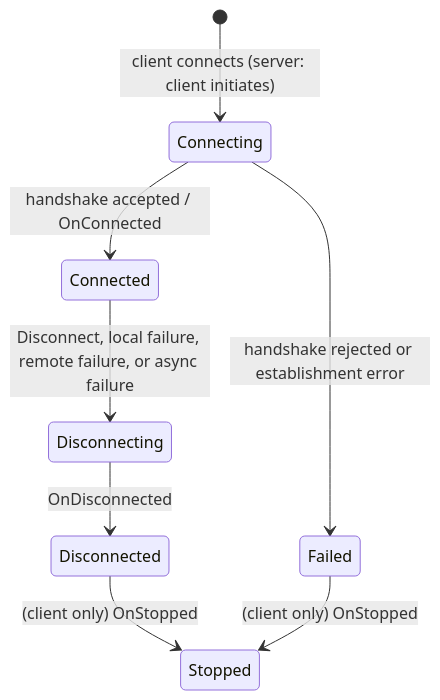
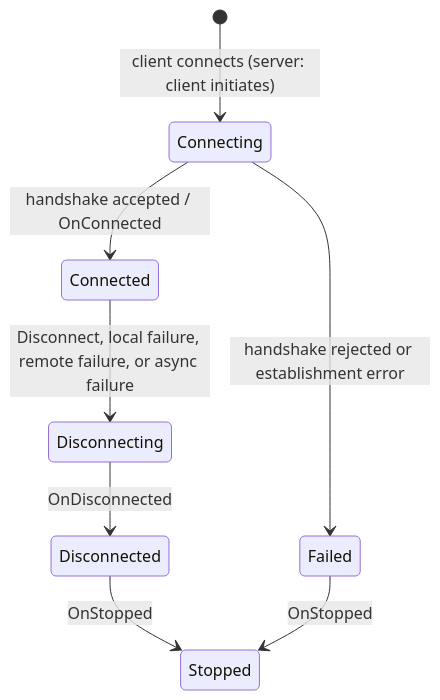
The third of 3 diagrams in Pontifex/Abstractions/Transports/Raw/Reliable/Ack/Specification.md (FyodorZh/Pontifex), drawn with Mermaid before and after one commit. The commit also changed other lines of this file and 6 other files, not shown here.

````diff
--- a/Pontifex/Abstractions/Transports/Raw/Reliable/Ack/Specification.md
+++ b/Pontifex/Abstractions/Transports/Raw/Reliable/Ack/Specification.md
@@ -384,10 +393,10 @@
 ```mermaid
 stateDiagram-v2
     [*] --> Connecting: client connects (server: client initiates)
     Connecting --> Connected: handshake accepted / OnConnected
     Connecting --> Failed: handshake rejected or establishment error
     Connected --> Disconnecting: Disconnect, local failure, remote failure, or async failure
     Disconnecting --> Disconnected: OnDisconnected
-    Disconnected --> Stopped: (client only) OnStopped
-    Failed --> Stopped: (client only) OnStopped
+    Disconnected --> Stopped: OnStopped
+    Failed --> Stopped: OnStopped
 ```
````
